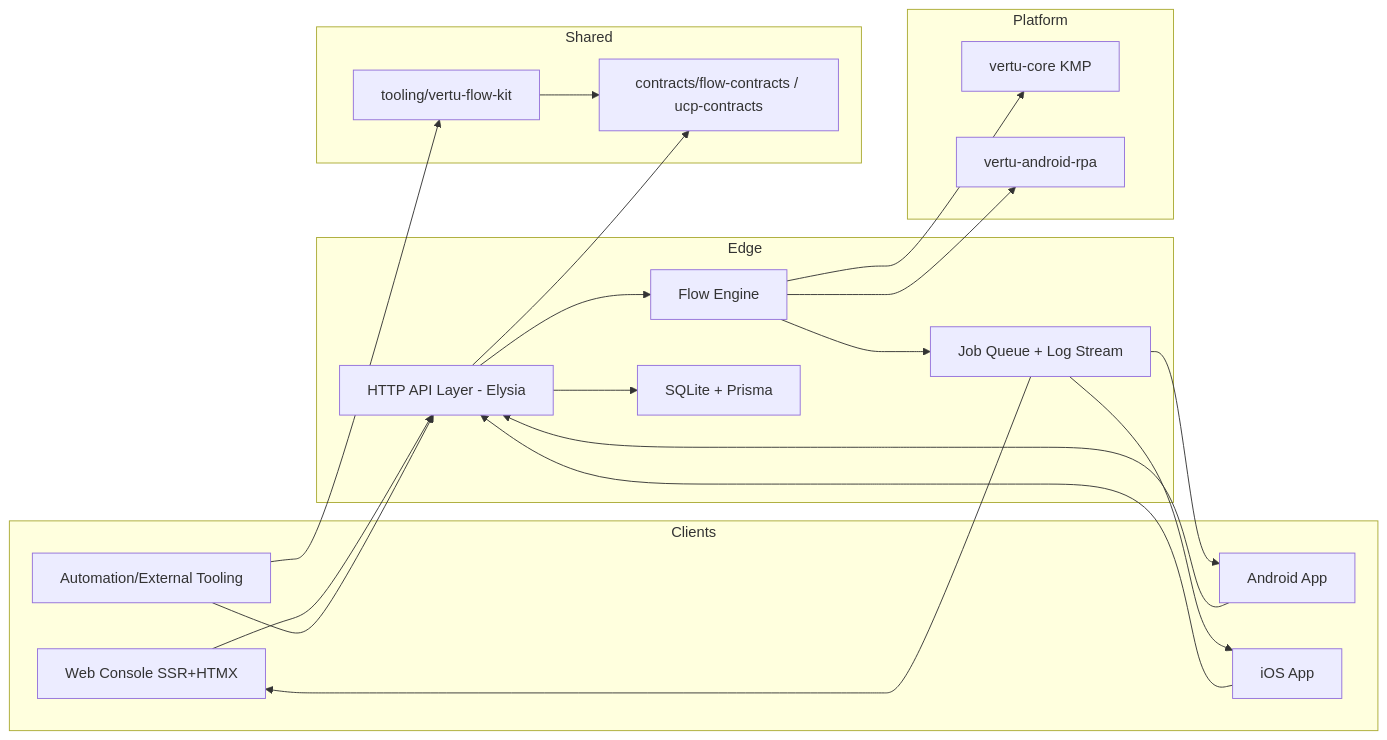
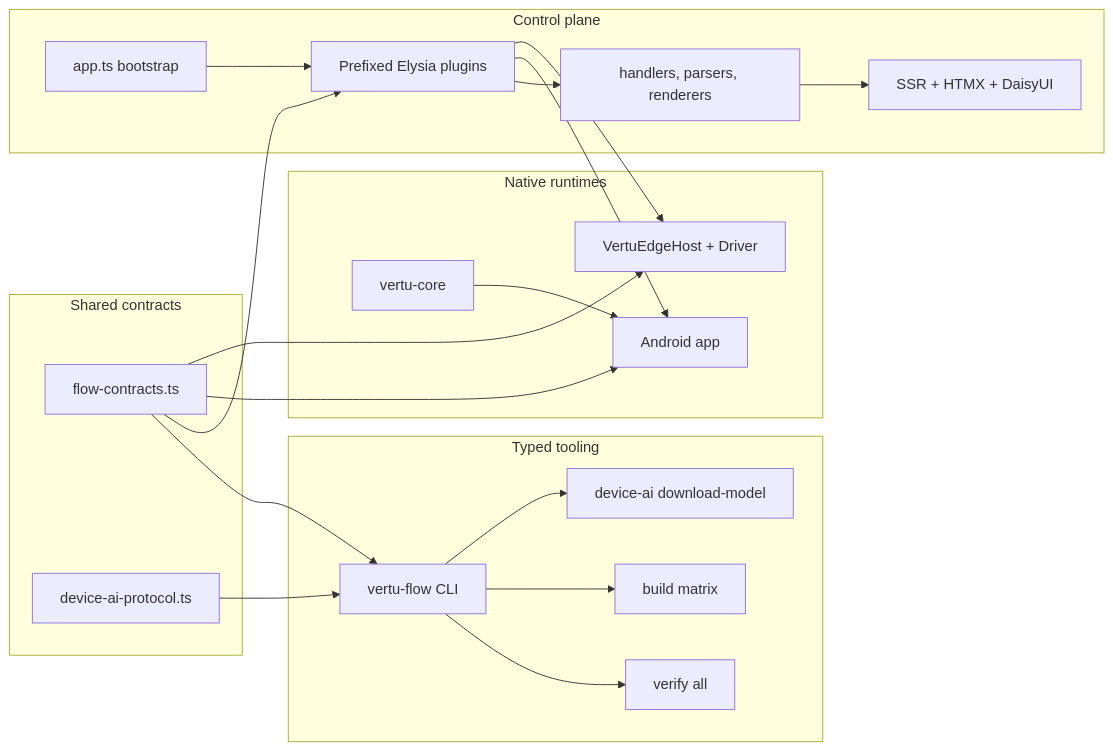
The first of 6 diagrams in README.md (d4551/vertu-edge), drawn with Mermaid before and after one commit. The commit also changed other lines of this file and 21 other files, not shown here.

First line of the commit message:
docs: GitHub-compliant Mermaid, bilingual EN/ZH, expand gitignore, stop tracking artifacts

````diff
--- a/README.md
+++ b/README.md
@@ -129,42 +26,40 @@
 ```mermaid
 flowchart LR
-  subgraph Clients
-    A["Web Console SSR+HTMX"]
-    B["Android App"]
-    C["iOS App"]
-    D["Automation/External Tooling"]
+  subgraph Contracts["Shared contracts"]
+    FLOW["flow-contracts.ts"]
+    DEVICE["device-ai-protocol.ts"]
   end
 
-  subgraph Edge
-    E["HTTP API Layer - Elysia"]
-    F["Flow Engine"]
-    G["SQLite + Prisma"]
-    H["Job Queue + Log Stream"]
+  subgraph Tooling["Typed tooling"]
+    CLI["vertu-flow CLI"]
+    VERIFY["verify all"]
+    BUILD["build matrix"]
+    DOWNLOAD["device-ai download-model"]
   end
 
-  subgraph Shared
-    I["contracts/flow-contracts / ucp-contracts"]
-    J["tooling/vertu-flow-kit"]
+  subgraph ControlPlane["Control plane"]
+    APP["app.ts bootstrap"]
+    PLUGINS["Prefixed Elysia plugins"]
+    HELPERS["handlers, parsers, renderers"]
+    UI["SSR + HTMX + DaisyUI"]
   end
 
-  subgraph Platform
-    K["vertu-core KMP"]
-    L["vertu-android-rpa"]
+  subgraph Native["Native runtimes"]
+    ANDROID["Android app"]
+    IOS["VertuEdgeHost + Driver"]
+    CORE["vertu-core"]
   end
 
-  A --> E
-  B --> E
-  C --> E
-  D --> J
-  D --> E
-  E --> I
-  J --> I
-  E --> F
-  F --> K
-  F --> L
-  E --> G
-  F --> H
-  H --> A
-  H --> B
-  H --> C
+  FLOW --> CLI
+  FLOW --> PLUGINS
+  FLOW --> ANDROID
+  FLOW --> IOS
+  DEVICE --> CLI
+  CLI --> VERIFY
+  CLI --> BUILD
+  CLI --> DOWNLOAD
+  APP --> PLUGINS --> HELPERS --> UI
+  PLUGINS --> ANDROID
+  PLUGINS --> IOS
+  CORE --> ANDROID
 ```
````
